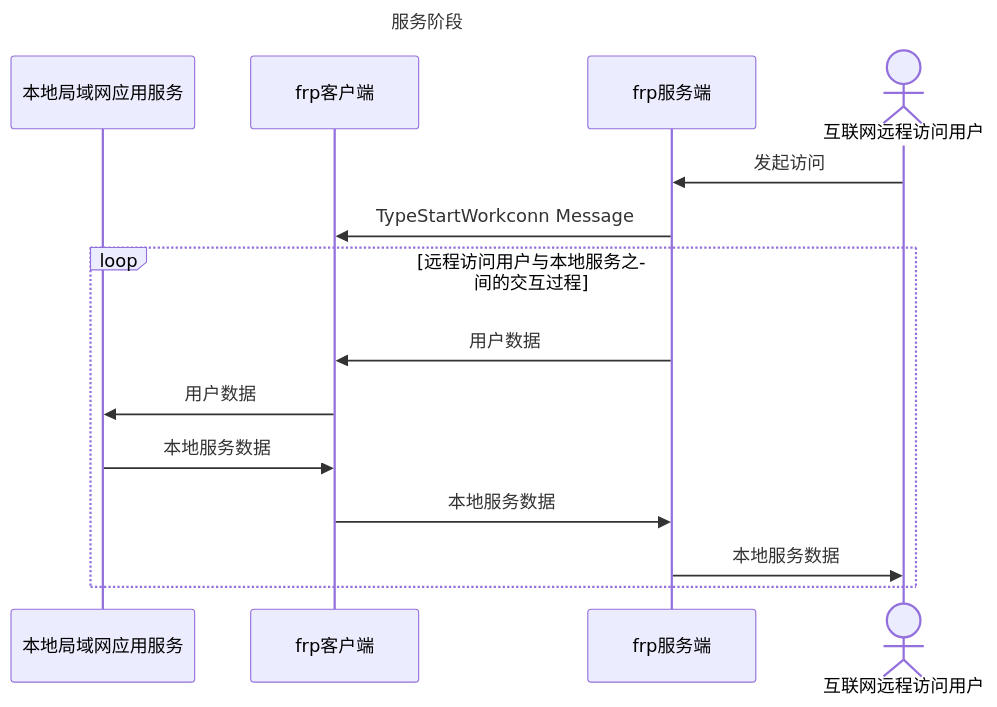
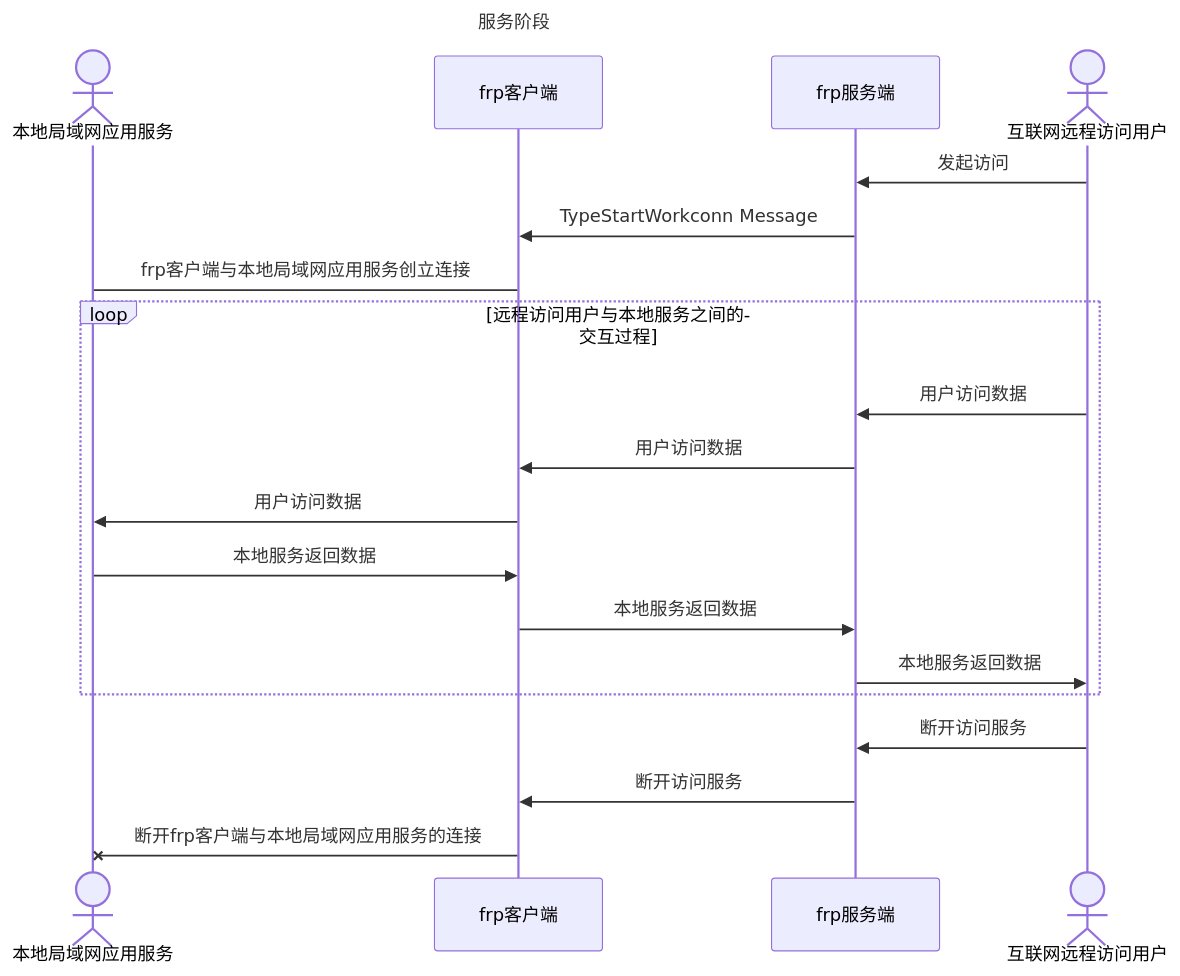
One commit to liudf0716/rust-frp-client changed the second of 2 diagrams in README.md. Above: the diagram before and after it, drawn with Mermaid.

````diff
--- a/README.md
+++ b/README.md
@@ -43,19 +43,23 @@
 ```mermaid
 sequenceDiagram
 	title:	 服务阶段
-	participant l_svc as 本地局域网应用服务
+	actor l_svc as 本地局域网应用服务
 	participant frpc as frp客户端
   participant frps as frp服务端
   actor user as 互联网远程访问用户
   
-  user ->> frps  : 发起访问
-  frps ->> frpc	 : TypeStartWorkconn Message
+  user ->> frps : 发起访问
+  frps ->> frpc	: TypeStartWorkconn Message
+	frpc -> l_svc	: frp客户端与本地局域网应用服务创立连接
   loop  远程访问用户与本地服务之间的交互过程
-    frps ->> frpc   : 用户数据
-    frpc ->> l_svc  : 用户数据
-    l_svc ->> frpc  : 本地服务数据
-    frpc ->> frps   : 本地服务数据
-    frps  ->> user  : 本地服务数据
+		user ->> frps 	: 用户访问数据
+    frps ->> frpc   : 用户访问数据
+    frpc ->> l_svc  : 用户访问数据
+    l_svc ->> frpc  : 本地服务返回数据
+    frpc ->> frps   : 本地服务返回数据
+    frps  ->> user  : 本地服务返回数据
   end
-  
+  user ->> frps		: 断开访问服务
+	frps ->> frpc 	: 断开访问服务
+	frpc -x l_svc 	: 断开frp客户端与本地局域网应用服务的连接
 ```
````
